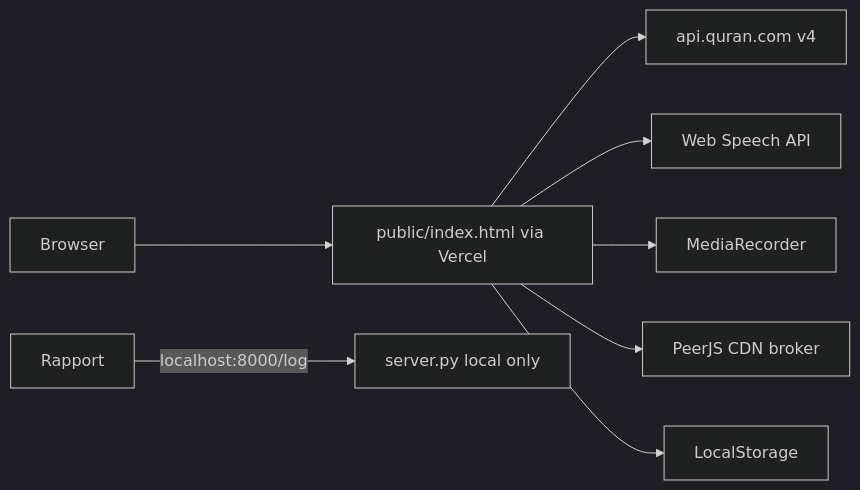
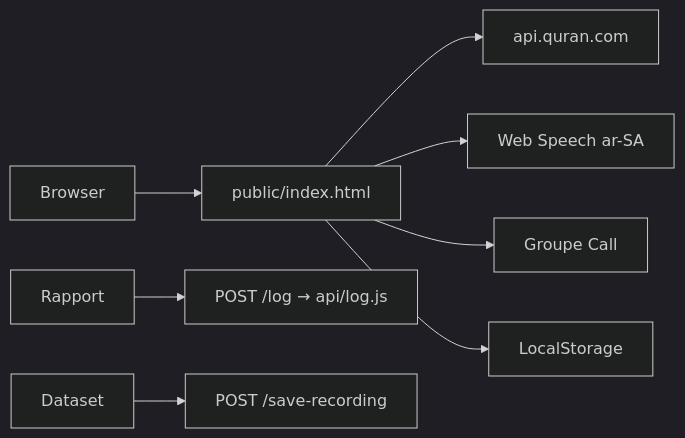
Before and after one commit to alkhastvatsaev/tajwid_app: the diagram in ANALYSE-PROD.md, drawn with Mermaid (dark theme). The commit also changed other lines of this file and 8 other files, not shown here.

First line of the commit message:
fix: ship audit — restore full app, offline fallback, Vercel /log

````diff
--- a/ANALYSE-PROD.md
+++ b/ANALYSE-PROD.md
@@ -72,10 +59,10 @@
 ```mermaid
 flowchart LR
-  Browser --> StaticHTML["public/index.html via Vercel"]
-  StaticHTML --> QuranAPI["api.quran.com v4"]
-  StaticHTML --> WebSpeech["Web Speech API"]
-  StaticHTML --> MediaRec["MediaRecorder"]
-  StaticHTML --> PeerJS["PeerJS CDN broker"]
+  Browser --> StaticHTML["public/index.html"]
+  StaticHTML --> QuranAPI["api.quran.com"]
+  StaticHTML --> WebSpeech["Web Speech ar-SA"]
+  StaticHTML --> LiveKit["Groupe Call"]
   StaticHTML --> LocalStorage
-  Rapport -->|"localhost:8000/log"| FastAPI["server.py local only"]
+  Rapport --> LogAPI["POST /log → api/log.js"]
+  Dataset --> SaveAPI["POST /save-recording"]
 ```
````
